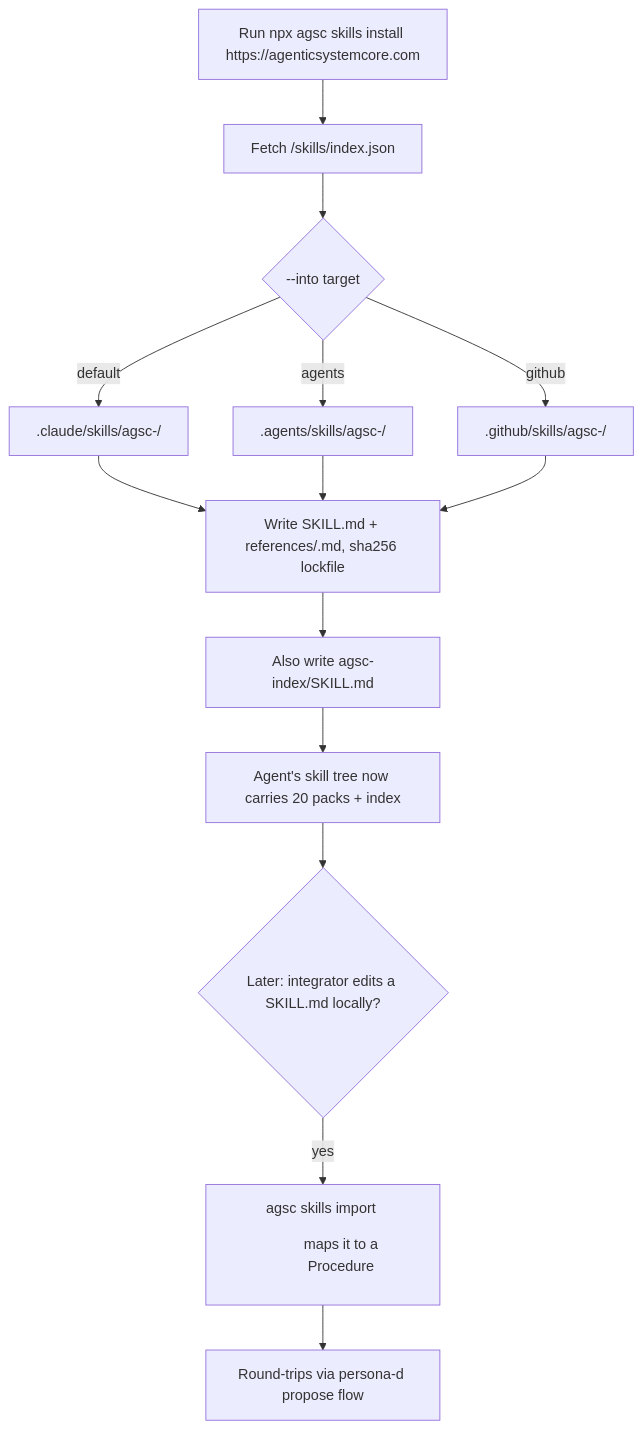
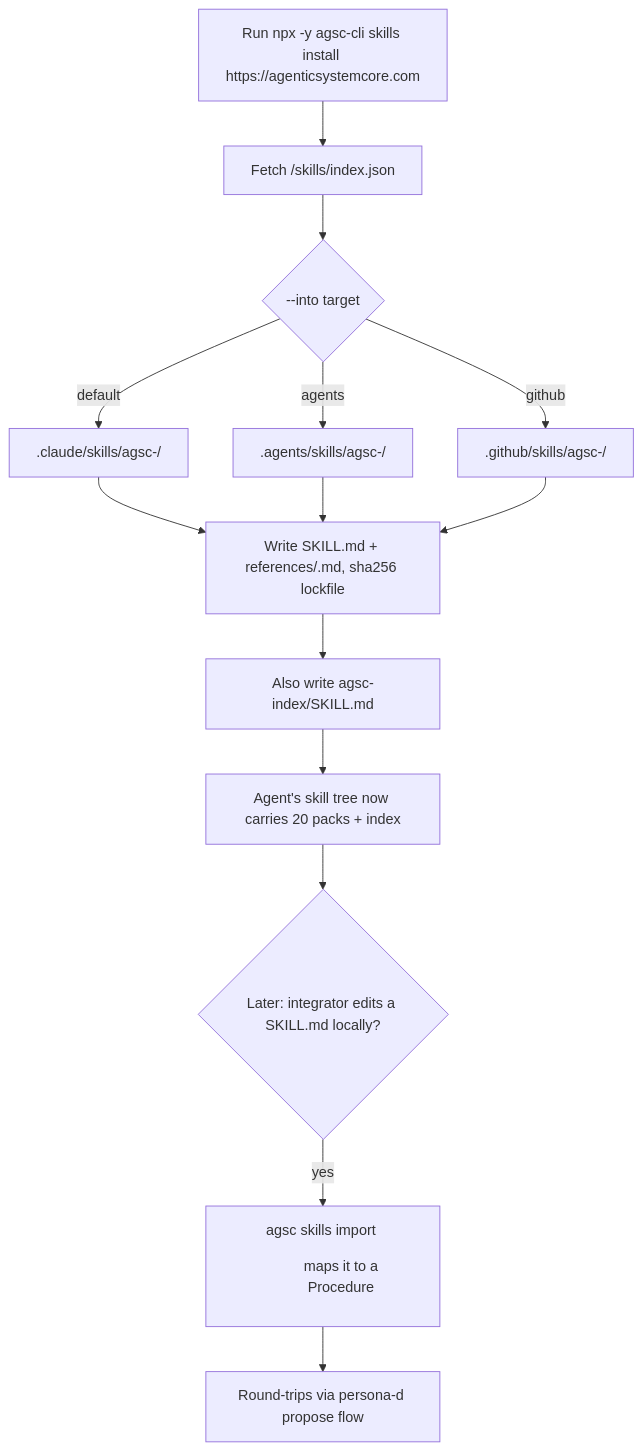
Before and after one commit to andreibesleaga/agentic-system-core: the fourth of 5 diagrams in docs/diagrams/user-flows.md, drawn with Mermaid. The commit also changed other lines of this file and 15 other files, not shown here.

Commit message:
Pre-launch docs check: draft Appendix A, W3C vocabulary domains, single-author wording, npx -y agsc-cli, documentation map

````diff
--- a/docs/diagrams/user-flows.md
+++ b/docs/diagrams/user-flows.md
@@ -59,16 +59,16 @@
 ```mermaid
 flowchart TD
-  A["Run npx agsc skills install https://agenticsystemcore.com"] --> B["Fetch /skills/index.json"]
+  A["Run npx -y agsc-cli skills install https://agenticsystemcore.com"] --> B["Fetch /skills/index.json"]
   B --> C{"--into target"}
   C -- default --> D[".claude/skills/agsc-<cluster>/"]
   C -- agents --> E[".agents/skills/agsc-<cluster>/"]
   C -- github --> F[".github/skills/agsc-<cluster>/"]
   D --> G["Write SKILL.md + references/<slug>.md, sha256 lockfile"]
   E --> G
   F --> G
   G --> H["Also write agsc-index/SKILL.md"]
   H --> I["Agent's skill tree now carries 20 packs + index"]
   I --> J{"Later: integrator edits a SKILL.md locally?"}
   J -- yes --> K["agsc skills import <dir> maps it to a Procedure"]
   K --> L["Round-trips via persona-d propose flow"]
 ```
````
